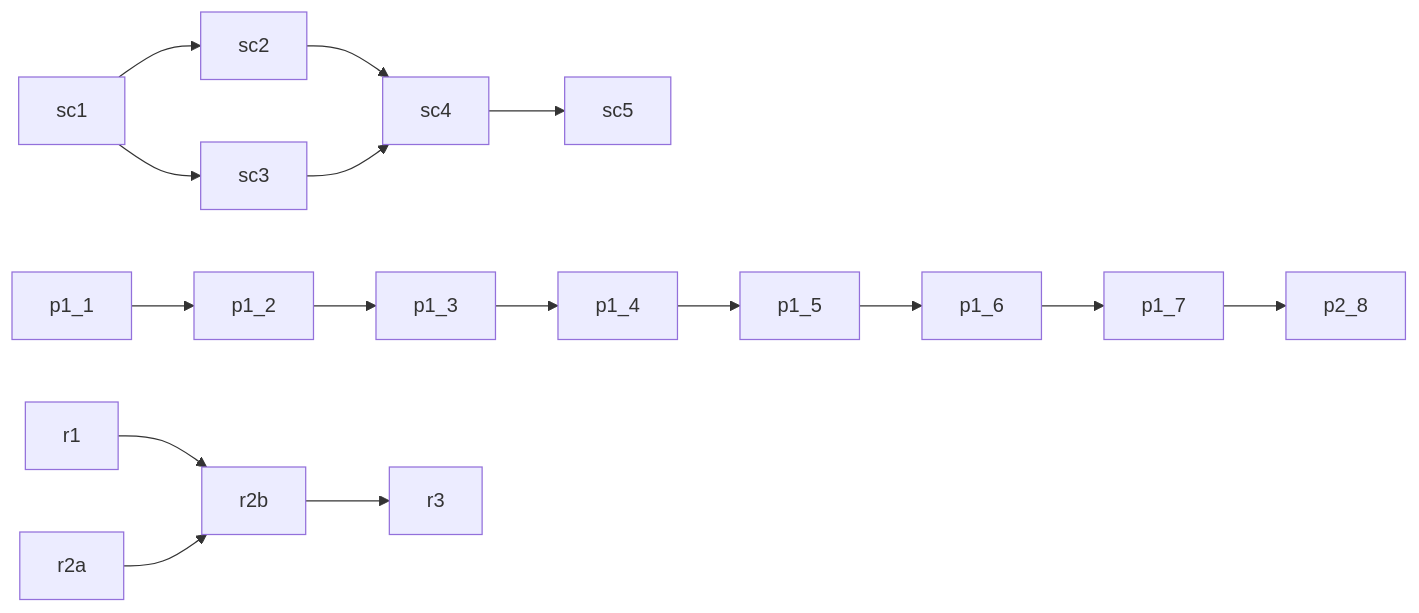
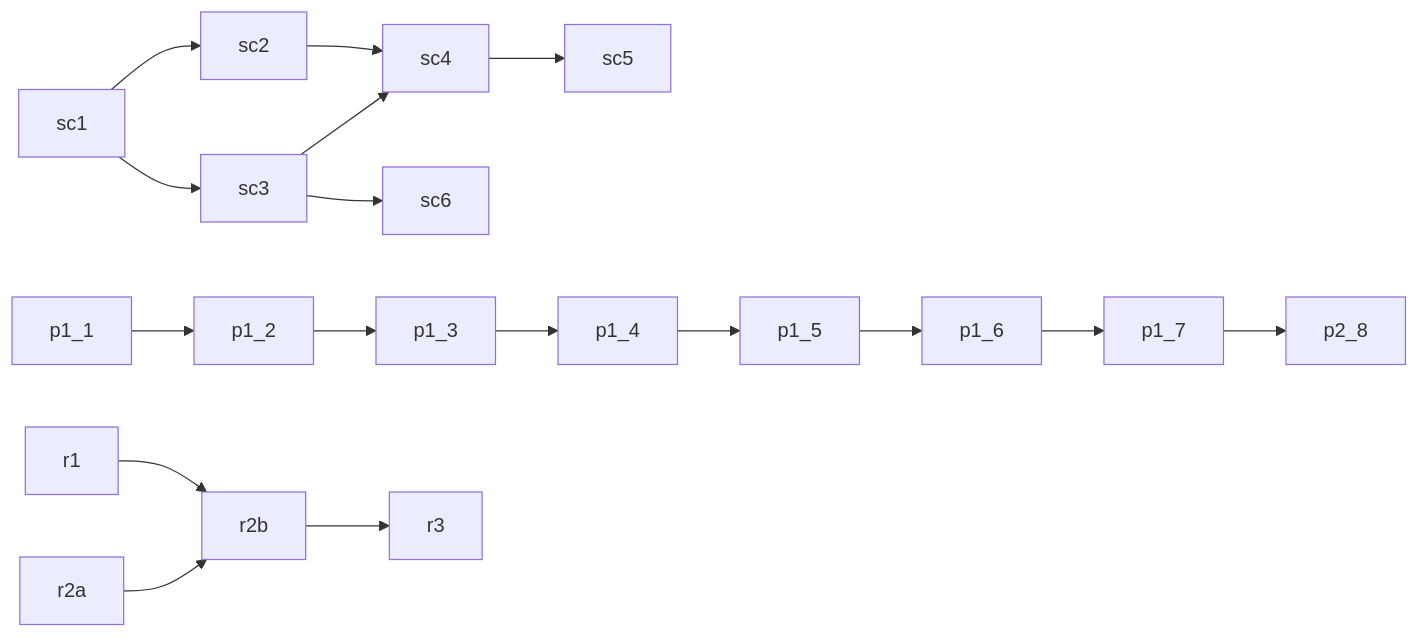
Before and after one commit to Cal-Starfur/Tipsy: the diagram in build_queue.md, drawn with Mermaid. The commit also changed other lines of this file and 2 other files, not shown here.

Commit message:
Queue: sc6 seeded traffic
Claude-Session: https://claude.ai/code/session_01M9nrzgzBQZqR7FaecDfU2s

````diff
--- a/build_queue.md
+++ b/build_queue.md
@@ -7,18 +7,19 @@
 ```mermaid
 graph LR
   sc1 --> sc2
   sc1 --> sc3
   sc2 --> sc4
   sc3 --> sc4
   sc4 --> sc5
+  sc3 --> sc6
   p1_1 --> p1_2
   p1_2 --> p1_3
   p1_3 --> p1_4
   p1_4 --> p1_5
   p1_5 --> p1_6
   p1_6 --> p1_7
   p1_7 --> p2_8
   r1 --> r2b
   r2a --> r2b
   r2b --> r3
 ```
````
